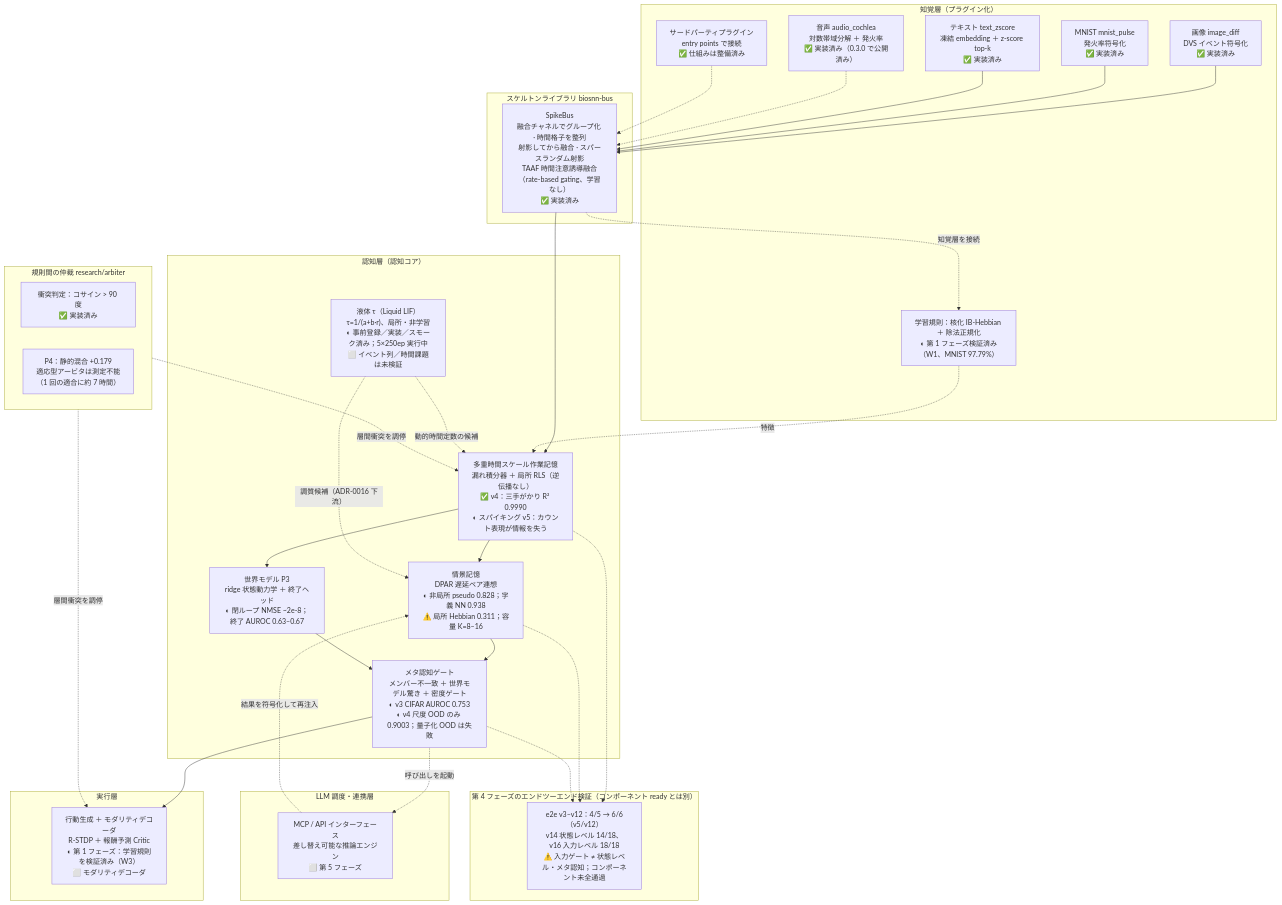
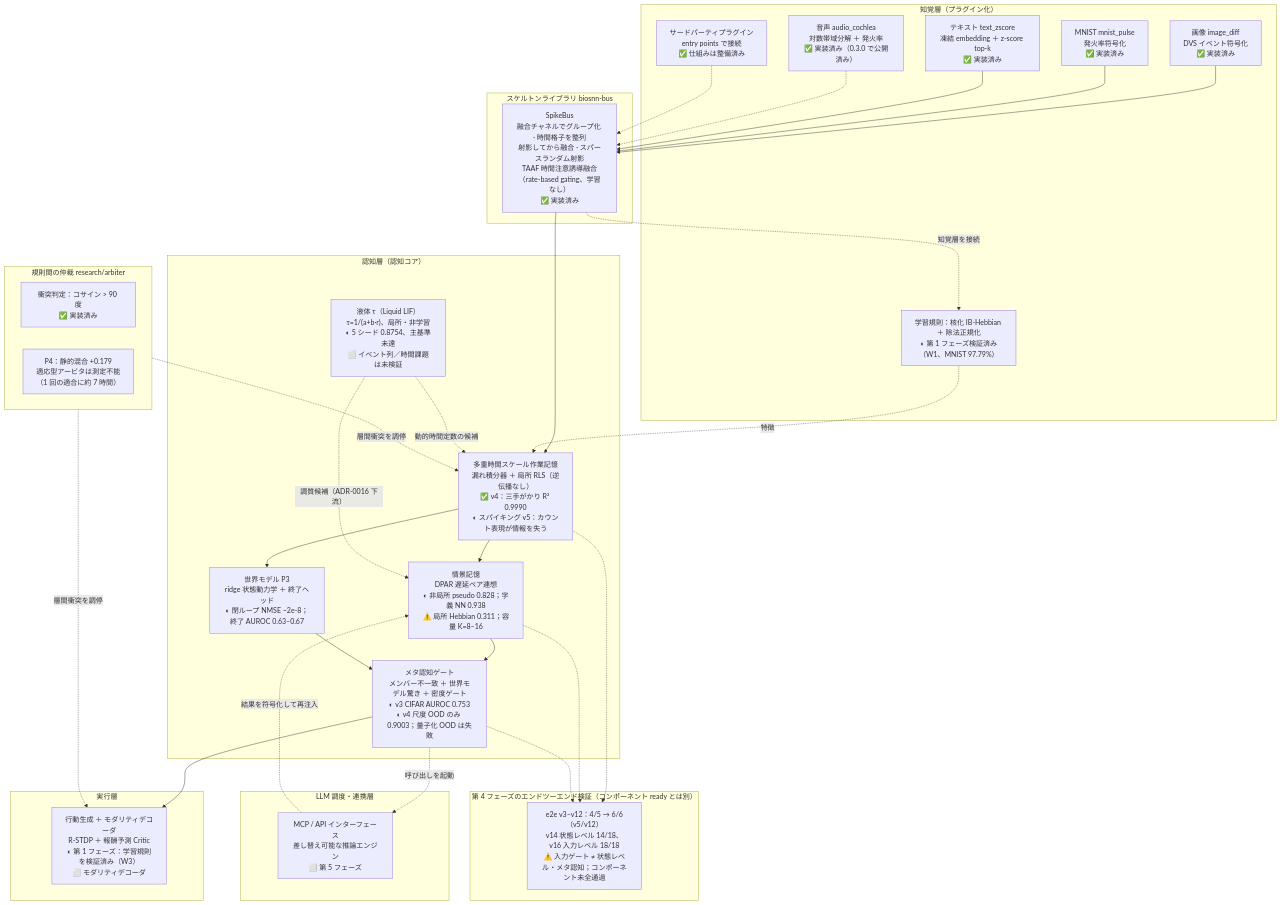
Before and after one commit to lzmd-arch/BioSNN-Plug: the diagram in README.ja.md, drawn with Mermaid. The commit also changed other lines of this file and 9 other files, not shown here.

````diff
--- a/README.ja.md
+++ b/README.ja.md
@@ -135,63 +135,63 @@
 ```mermaid
 flowchart TB
     subgraph L5["LLM 調度・連携層"]
         MCP["MCP / API インターフェース<br/>差し替え可能な推論エンジン<br/>⬜ 第 5 フェーズ"]
     end
 
     subgraph L4["実行層"]
         ACT["行動生成 ＋ モダリティデコーダ<br/>R-STDP ＋ 報酬予測 Critic<br/>◐ 第 1 フェーズ：学習規則を検証済み（W3）<br/>⬜ モダリティデコーダ"]
     end
 
     subgraph L3["認知層（認知コア）"]
         WM["多重時間スケール作業記憶<br/>漏れ積分器 ＋ 局所 RLS（逆伝播なし）<br/>✅ v4：三手がかり R² 0.9990<br/>◐ スパイキング v5：カウント表現が情報を失う"]
         EM["情景記憶<br/>DPAR 遅延ペア連想<br/>◐ 非局所 pseudo 0.828；字義 NN 0.938<br/>⚠️ 局所 Hebbian 0.311；容量 K=8–16"]
         MG["メタ認知ゲート<br/>メンバー不一致 ＋ 世界モデル驚き ＋ 密度ゲート<br/>◐ v3 CIFAR AUROC 0.753<br/>◐ v4 尺度 OOD のみ 0.9003；量子化 OOD は失敗"]
         WMODEL["世界モデル P3<br/>ridge 状態動力学 ＋ 終了ヘッド<br/>◐ 閉ループ NMSE ~2e-8；終了 AUROC 0.63–0.67"]
-        LIQ["液体 τ（Liquid LIF）<br/>τ=1/(a+b·r)、局所・非学習<br/>◐ 事前登録／実装／スモーク済み；5×250ep 実行中<br/>⬜ イベント列／時間課題は未検証"]
+        LIQ["液体 τ（Liquid LIF）<br/>τ=1/(a+b·r)、局所・非学習<br/>◐ 5 シード 0.8754、主基準未達<br/>⬜ イベント列／時間課題は未検証"]
     end
 
     subgraph ARB["規則間の仲裁 research/arbiter"]
         CF["衝突判定：コサイン > 90 度<br/>✅ 実装済み"]
         ES["P4：静的混合 +0.179<br/>適応型アービタは測定不能<br/>（1 回の適合に約 7 時間）"]
     end
 
     subgraph L2["スケルトンライブラリ biosnn-bus"]
         BUS["SpikeBus<br/>融合チャネルでグループ化 · 時間格子を整列<br/>射影してから融合 · スパースランダム射影<br/>TAAF 時間注意誘導融合（rate-based gating、学習なし）<br/>✅ 実装済み"]
     end
 
     subgraph L1["知覚層（プラグイン化）"]
         IMG["画像 image_diff<br/>DVS イベント符号化<br/>✅ 実装済み"]
         MN["MNIST mnist_pulse<br/>発火率符号化<br/>✅ 実装済み"]
         TXT["テキスト text_zscore<br/>凍結 embedding ＋ z-score top-k<br/>✅ 実装済み"]
         AUD["音声 audio_cochlea<br/>対数帯域分解 ＋ 発火率<br/>✅ 実装済み（0.3.0 で公開済み）"]
         THIRD["サードパーティプラグイン<br/>entry points で接続<br/>✅ 仕組みは整備済み"]
         HEB["学習規則：核化 IB-Hebbian ＋ 除法正規化<br/>◐ 第 1 フェーズ検証済み（W1、MNIST 97.79%）"]
     end
 
     IMG --> BUS
     MN --> BUS
     TXT --> BUS
     AUD -.-> BUS
     THIRD -.-> BUS
     BUS --> WM
     BUS -.->|知覚層を接続| HEB
     HEB -.->|特徴| WM
     WM --> EM
     WM --> WMODEL
     LIQ -.->|動的時間定数の候補| WM
     LIQ -.->|調質候補（ADR-0016 下流）| EM
     EM --> MG
     WMODEL --> MG
     MG --> ACT
     MG -.->|呼び出しを起動| MCP
     MCP -.->|結果を符号化して再注入| EM
     ARB -.->|層間衝突を調停| WM
     ARB -.->|層間衝突を調停| ACT
 
     subgraph S4["第 4 フェーズのエンドツーエンド検証（コンポーネント ready とは別）"]
         E2E["e2e v3–v12：4/5 → 6/6（v5/v12）<br/>v14 状態レベル 14/18、v16 入力レベル 18/18<br/>⚠️ 入力ゲート ≠ 状態レベル・メタ認知；コンポーネント未全通過"]
     end
     WM -.-> E2E
     EM -.-> E2E
     MG -.-> E2E
 ```
````
